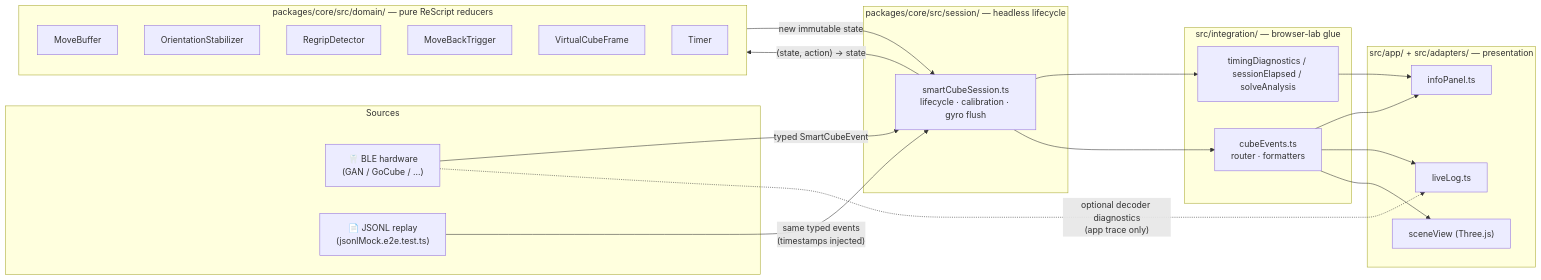
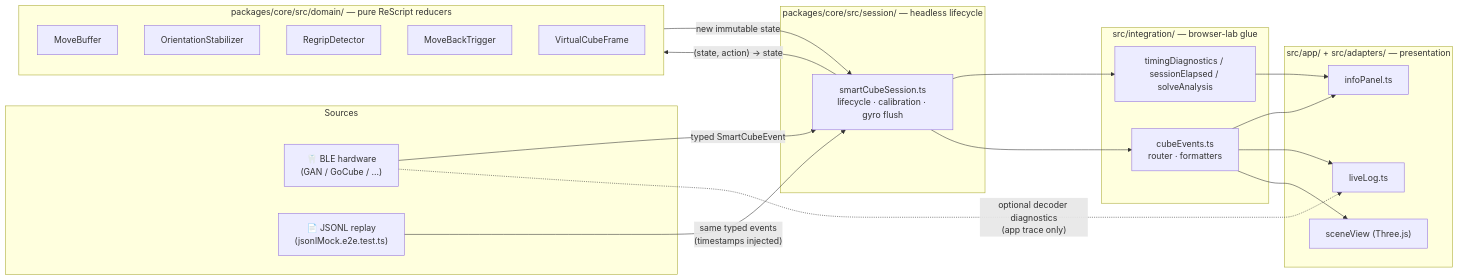
One commit to wstein/regrip changed the diagram in README.md. Above: the diagram before and after it, drawn with Mermaid. The commit also changed other lines of this file and 9 other files, not shown here.

````diff
--- a/README.md
+++ b/README.md
@@ -14,40 +14,39 @@
 ```mermaid
 flowchart LR
   subgraph Sources
     BLE["🦷 BLE hardware\n(GAN / GoCube / …)"]
     JSONL["📄 JSONL replay\n(jsonlMock.e2e.test.ts)"]
   end
 
   subgraph Session ["packages/core/src/session/ — headless lifecycle"]
     SC["smartCubeSession.ts\nlifecycle · calibration · gyro flush"]
   end
 
   subgraph Integration ["src/integration/ — browser-lab glue"]
     TA["timingDiagnostics / sessionElapsed / solveAnalysis"]
     CE["cubeEvents.ts\nrouter · formatters"]
   end
 
   subgraph Domain ["packages/core/src/domain/ — pure ReScript reducers"]
     MB["MoveBuffer"]
     OS["OrientationStabilizer"]
     RD["RegripDetector"]
     MBT["MoveBackTrigger"]
     VCF["VirtualCubeFrame"]
-    TM["Timer"]
   end
 
   subgraph App ["src/app/ + src/adapters/ — presentation"]
     IP["infoPanel.ts"]
     LL["liveLog.ts"]
     SV["sceneView (Three.js)"]
   end
 
   BLE -->|"typed SmartCubeEvent"| SC
   BLE -. "optional decoder diagnostics\n(app trace only)" .-> LL
   JSONL -->|"same typed events\n(timestamps injected)"| SC
   SC -->|"(state, action) → state"| Domain
   Domain -->|"new immutable state"| SC
   SC --> TA & CE
   TA --> IP
   CE --> IP & LL & SV
 ```
````
